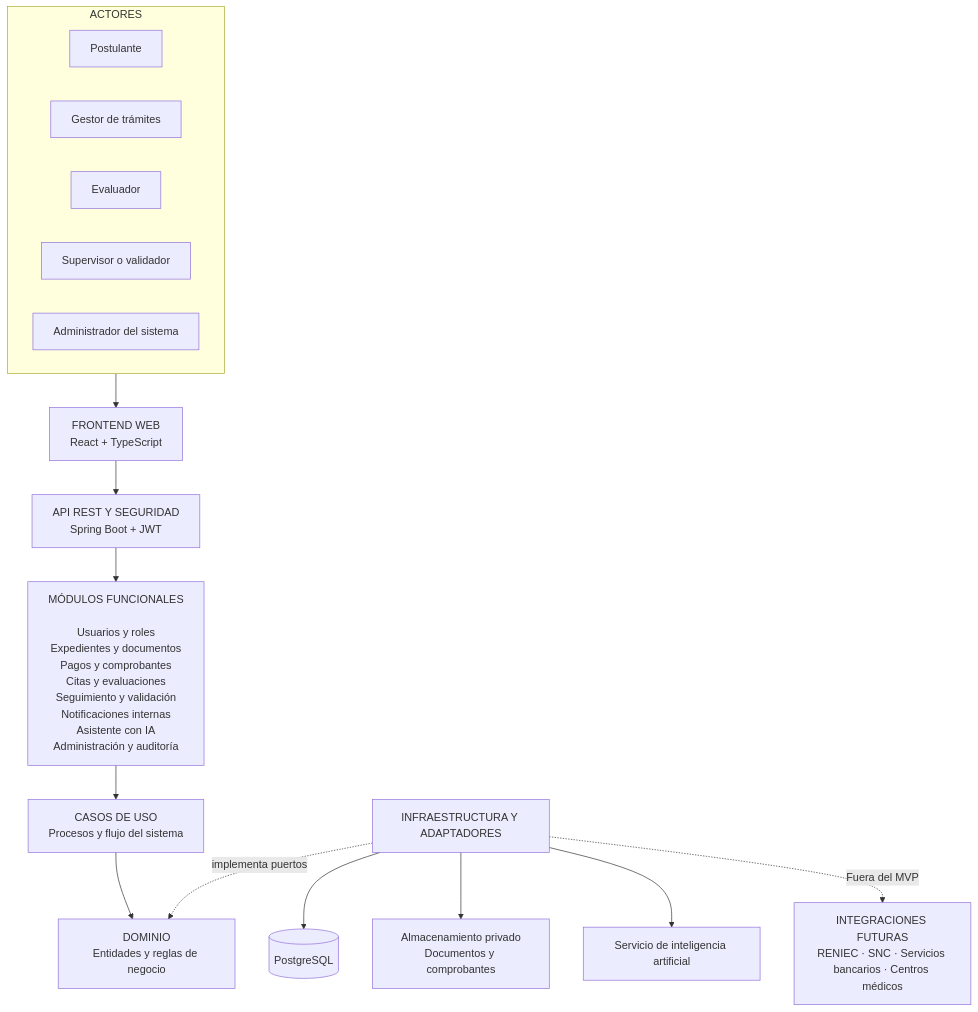
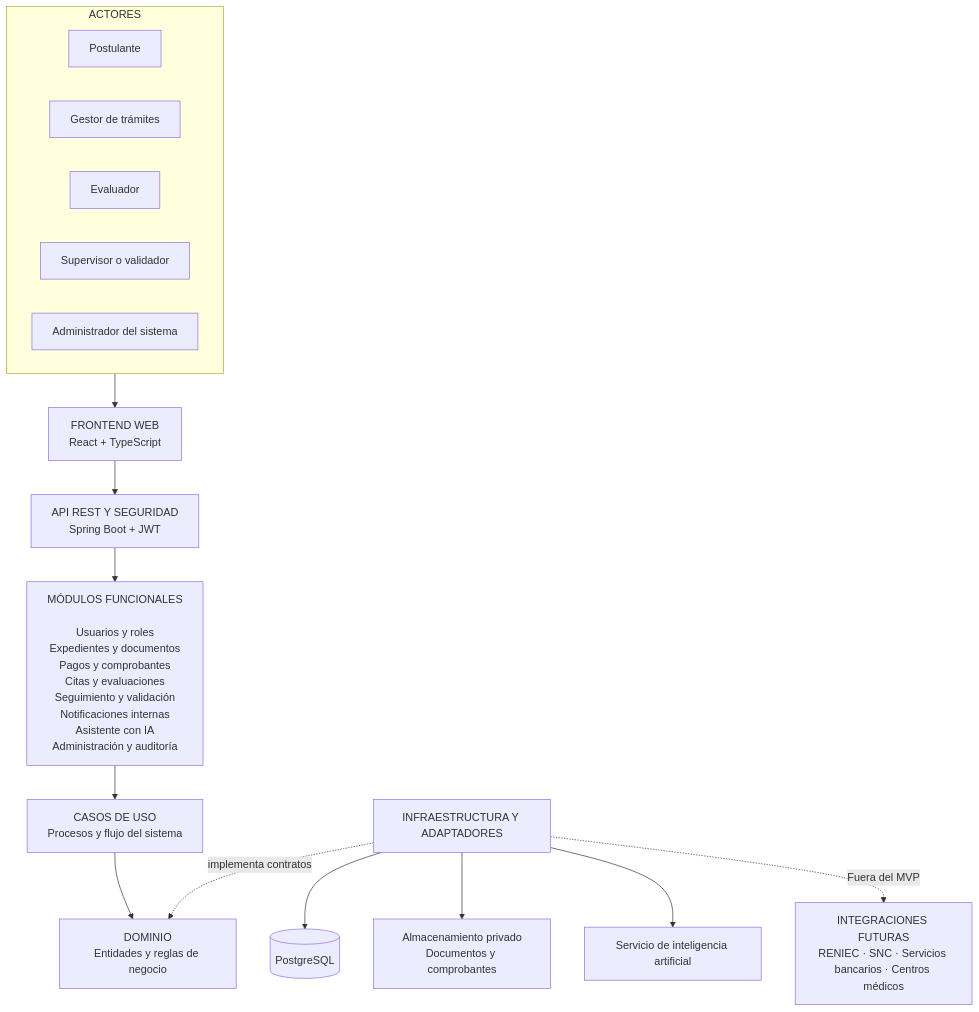
One commit to AdirNC-27/sistema-licencias-conducir-arquitectura changed the diagram in arquitectura/arquitectura-inicial.md. Above: the diagram before and after it, drawn with Mermaid. The commit also changed other lines of this file and 4 other files, not shown here.

Commit message:
docs: definir Clean Architecture como enfoque arquitectonico

````diff
--- a/arquitectura/arquitectura-inicial.md
+++ b/arquitectura/arquitectura-inicial.md
@@ -7,42 +7,42 @@
 ```mermaid
 flowchart TB
     subgraph ACTORES["ACTORES"]
         A1["Postulante"]
         A2["Gestor de trámites"]
         A3["Evaluador"]
         A4["Supervisor o validador"]
         A5["Administrador del sistema"]
     end
 
     ACTORES --> FRONTEND
 
     FRONTEND["FRONTEND WEB<br/>React + TypeScript"]
 
     FRONTEND --> API
 
     API["API REST Y SEGURIDAD<br/>Spring Boot + JWT"]
 
     API --> MODULOS
 
     MODULOS["MÓDULOS FUNCIONALES<br/><br/>Usuarios y roles<br/>Expedientes y documentos<br/>Pagos y comprobantes<br/>Citas y evaluaciones<br/>Seguimiento y validación<br/>Notificaciones internas<br/>Asistente con IA<br/>Administración y auditoría"]
 
     MODULOS --> CASOS
 
     CASOS["CASOS DE USO<br/>Procesos y flujo del sistema"]
 
     CASOS --> DOMINIO
 
     DOMINIO["DOMINIO<br/>Entidades y reglas de negocio"]
 
     INFRA["INFRAESTRUCTURA Y ADAPTADORES"]
 
-    INFRA -. "implementa puertos" .-> DOMINIO
+    INFRA -. "implementa contratos" .-> DOMINIO
 
     INFRA --> DB[("PostgreSQL")]
     INFRA --> ARCHIVOS["Almacenamiento privado<br/>Documentos y comprobantes"]
     INFRA --> IA["Servicio de inteligencia artificial"]
 
     FUTURO["INTEGRACIONES FUTURAS<br/>RENIEC · SNC · Servicios bancarios · Centros médicos"]
 
     INFRA -. "Fuera del MVP" .-> FUTURO
 ```
````
